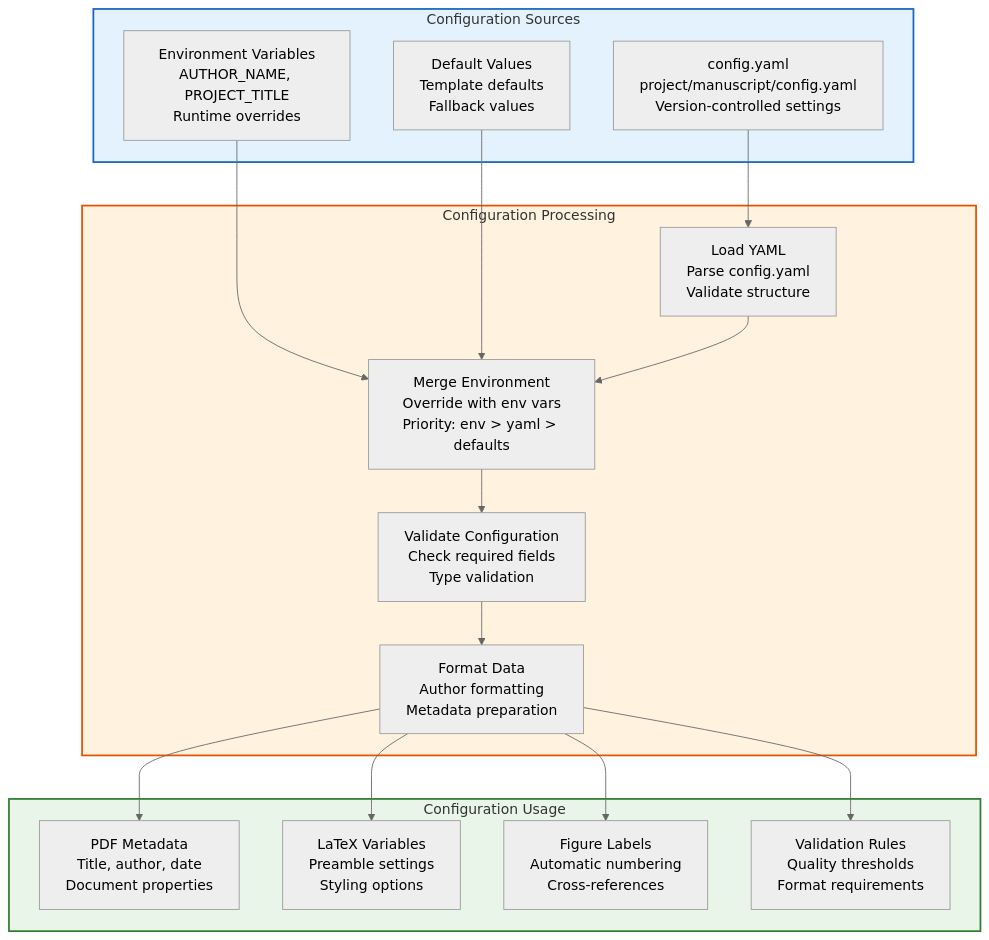
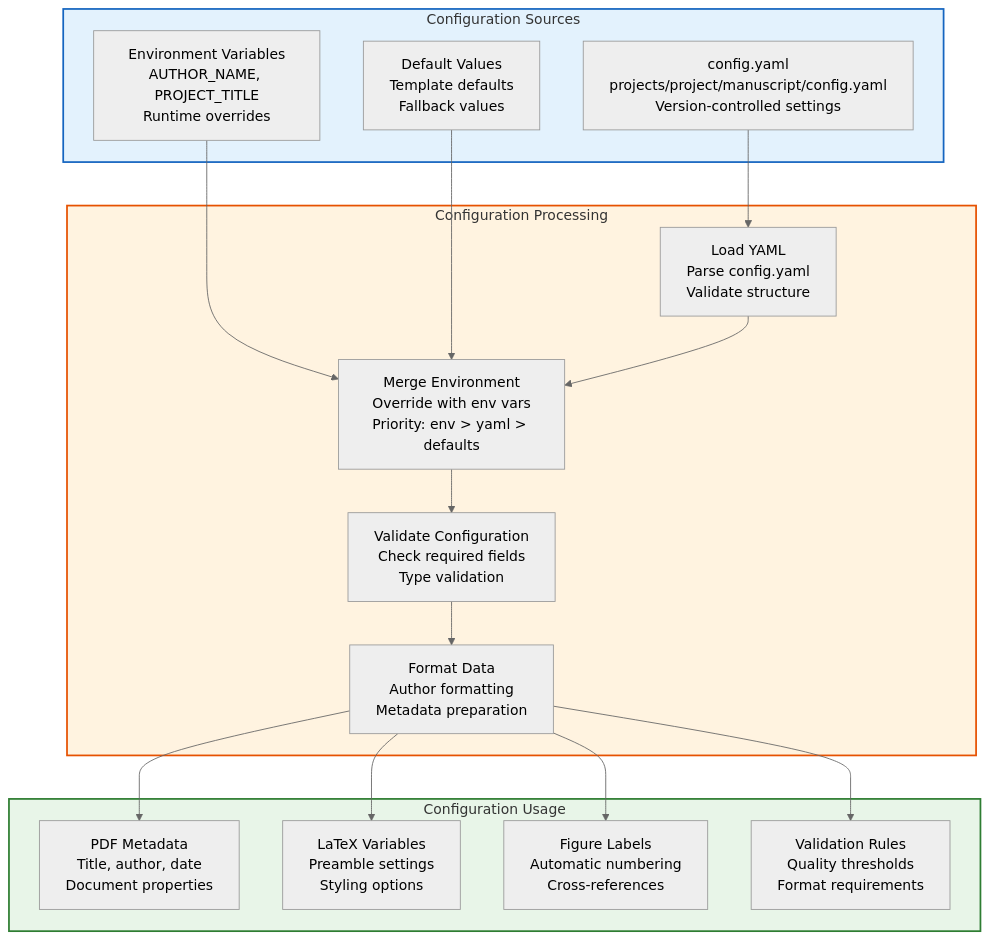
One commit to docxology/template changed the ninth of 13 diagrams in README.md. Above: the diagram before and after it, drawn with Mermaid (neutral theme). The commit also changed other lines of this file and 512 other files, not shown here.

````diff
--- a/README.md
+++ b/README.md
@@ -600,41 +600,41 @@
 ```mermaid
 flowchart TD
     subgraph Sources["Configuration Sources"]
-        YAML_FILE[config.yaml<br/>project/manuscript/config.yaml<br/>Version-controlled settings]
+        YAML_FILE[config.yaml<br/>projects/project/manuscript/config.yaml<br/>Version-controlled settings]
         ENV_VARS[Environment Variables<br/>AUTHOR_NAME, PROJECT_TITLE<br/>Runtime overrides]
         DEFAULTS[Default Values<br/>Template defaults<br/>Fallback values]
     end
 
     subgraph Processing["Configuration Processing"]
         LOAD_YAML[Load YAML<br/>Parse config.yaml<br/>Validate structure]
         MERGE_ENV[Merge Environment<br/>Override with env vars<br/>Priority: env > yaml > defaults]
         VALIDATE_CONFIG[Validate Configuration<br/>Check required fields<br/>Type validation]
         FORMAT_DATA[Format Data<br/>Author formatting<br/>Metadata preparation]
     end
 
     subgraph Usage["Configuration Usage"]
         PDF_METADATA[PDF Metadata<br/>Title, author, date<br/>Document properties]
         LATEX_VARS[LaTeX Variables<br/>Preamble settings<br/>Styling options]
         FIGURE_LABELS[Figure Labels<br/>Automatic numbering<br/>Cross-references]
         VALIDATION_RULES[Validation Rules<br/>Quality thresholds<br/>Format requirements]
     end
 
     YAML_FILE --> LOAD_YAML
     ENV_VARS --> MERGE_ENV
     DEFAULTS --> MERGE_ENV
 
     LOAD_YAML --> MERGE_ENV --> VALIDATE_CONFIG --> FORMAT_DATA
 
     FORMAT_DATA --> PDF_METADATA
     FORMAT_DATA --> LATEX_VARS
     FORMAT_DATA --> FIGURE_LABELS
     FORMAT_DATA --> VALIDATION_RULES
 
     classDef sources fill:#e3f2fd,stroke:#1565c0,stroke-width:2px
     classDef processing fill:#fff3e0,stroke:#e65100,stroke-width:2px
     classDef usage fill:#e8f5e8,stroke:#2e7d32,stroke-width:2px
 
     class Sources sources
     class Processing processing
     class Usage usage
 ```
````
